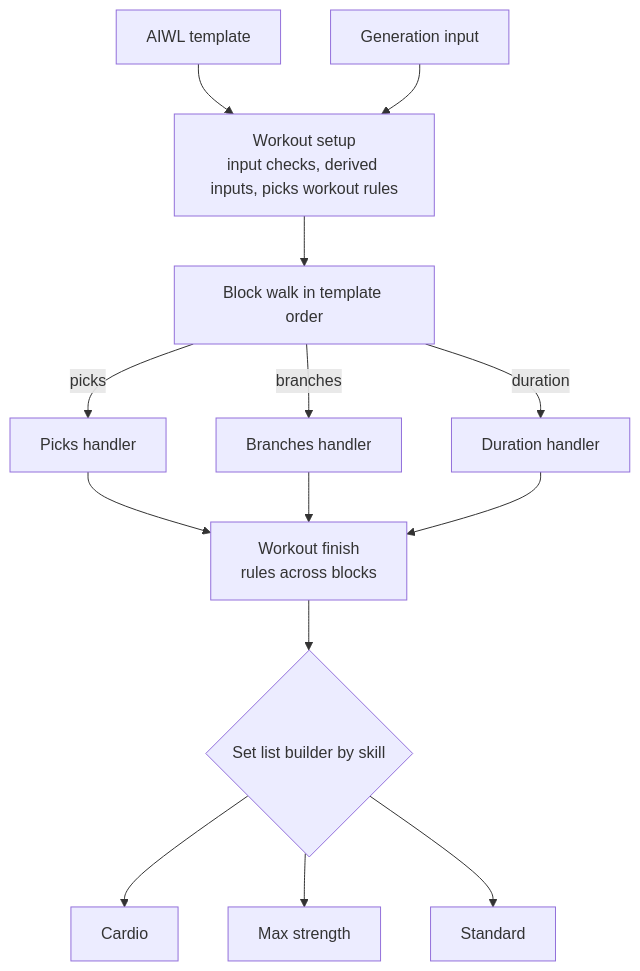
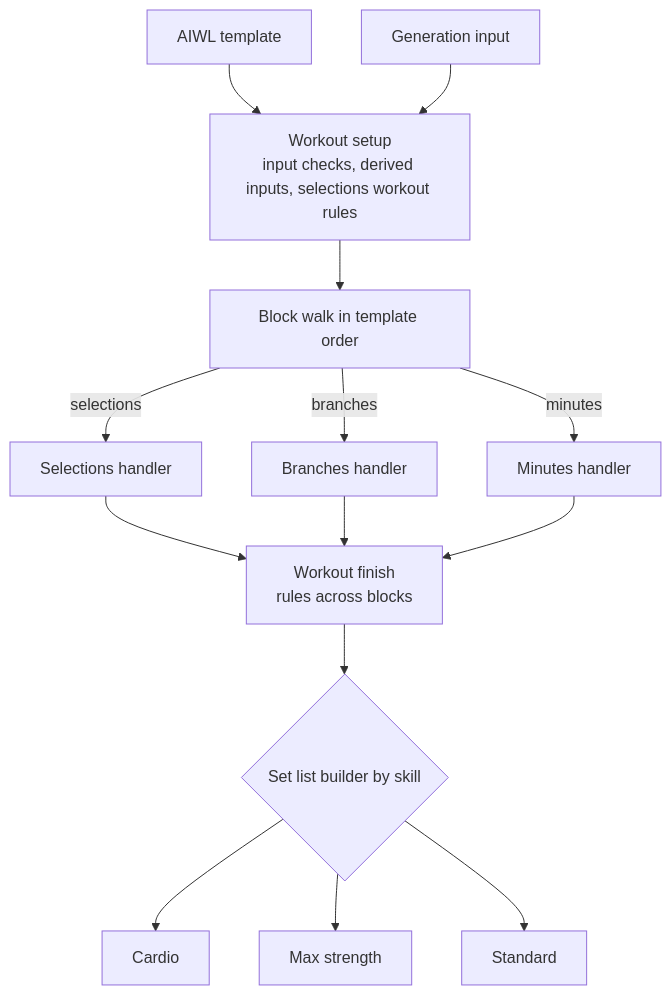
Before and after one commit to digital-athletic/sports-athletic: the first of 2 diagrams in athlete-mobile/docs/adr/workout-generator-architecture.md, drawn with Mermaid. The commit also changed other lines of this file and 38 other files, not shown here.

First line of the commit message:
refactor: name picks blocks selections blocks in the new generator

````diff
--- a/athlete-mobile/docs/adr/workout-generator-architecture.md
+++ b/athlete-mobile/docs/adr/workout-generator-architecture.md
@@ -47,12 +47,12 @@
 ```mermaid
 flowchart TD
     template[AIWL template] --> setup
     input[Generation input] --> setup
-    setup[Workout setup<br/>input checks, derived inputs, picks workout rules] --> walk[Block walk in template order]
-    walk -->|picks| picks[Picks handler]
+    setup[Workout setup<br/>input checks, derived inputs, selections workout rules] --> walk[Block walk in template order]
+    walk -->|selections| selections[Selections handler]
     walk -->|branches| branches[Branches handler]
-    walk -->|duration| duration[Duration handler]
-    picks & branches & duration --> finish[Workout finish<br/>rules across blocks]
+    walk -->|minutes| minutes[Minutes handler]
+    selections & branches & minutes --> finish[Workout finish<br/>rules across blocks]
     finish --> builder{Set list builder by skill}
     builder --> cardio[Cardio] & max[Max strength] & standard[Standard]
 ```
````
